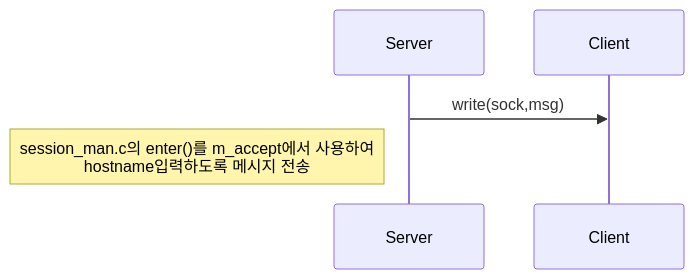
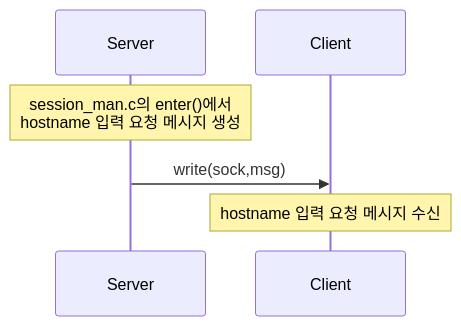
One commit to dkim-04/Network_coding changed the third of 3 diagrams in race_game/code_flow/readme.md. Above: the diagram before and after it, drawn with Mermaid.

````diff
--- a/race_game/code_flow/readme.md
+++ b/race_game/code_flow/readme.md
@@ -24,9 +24,11 @@
 ```mermaid
 sequenceDiagram
     participant Server
     participant Client
 
 
+    Note over Server: session_man.c의 enter()에서<br/>hostname 입력 요청 메시지 생성
     Server->>Client: write(sock,msg)
-    Note left of Server: session_man.c의 enter()를 m_accept에서 사용하여 <br/>hostname입력하도록 메시지 전송
+
+    Note over Client: hostname 입력 요청 메시지 수신
 ```
````
